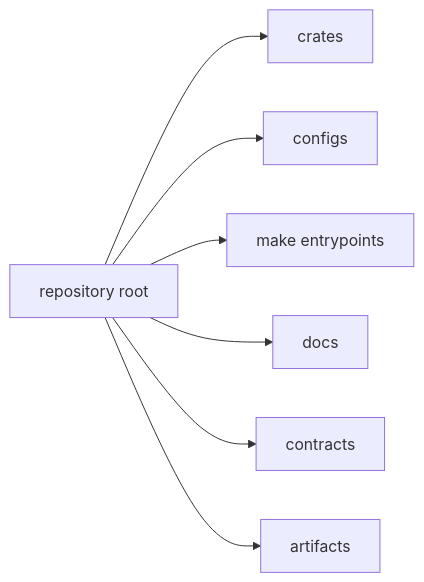
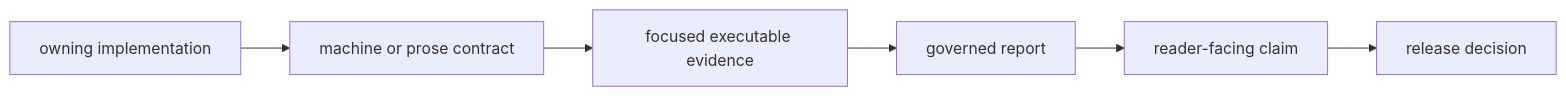
One commit to bijux/bijux-cli changed the second of 2 diagrams in docs/bijux-core/architecture/workspace-topology.md. Above: the diagram before and after it, drawn with Mermaid. The commit also changed other lines of this file and 3 other files, not shown here.

Commit message:
docs(architecture): establish repository evidence boundaries

````diff
--- a/docs/bijux-core/architecture/workspace-topology.md
+++ b/docs/bijux-core/architecture/workspace-topology.md
@@ -20,9 +88,8 @@
 ```mermaid
 flowchart LR
-    root["repository root"] --> crates["crates"]
-    root --> configs["configs"]
-    root --> makes["make entrypoints"]
-    root --> docs["docs"]
-    root --> contracts["contracts"]
-    root --> artifacts["artifacts"]
+    implementation["owning implementation"] --> contract["machine or prose contract"]
+    contract --> tests["focused executable evidence"]
+    tests --> report["governed report"]
+    report --> handbook["reader-facing claim"]
+    handbook --> release["release decision"]
 ```
````
